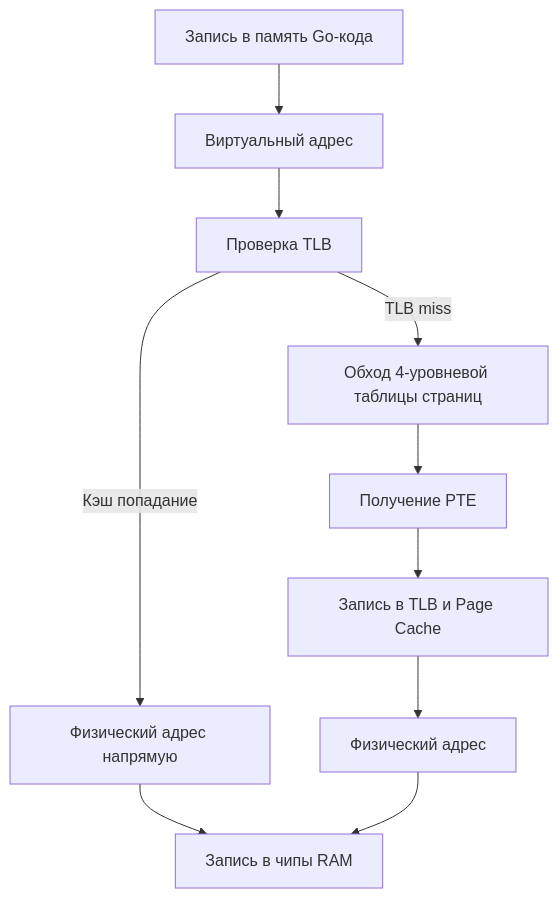
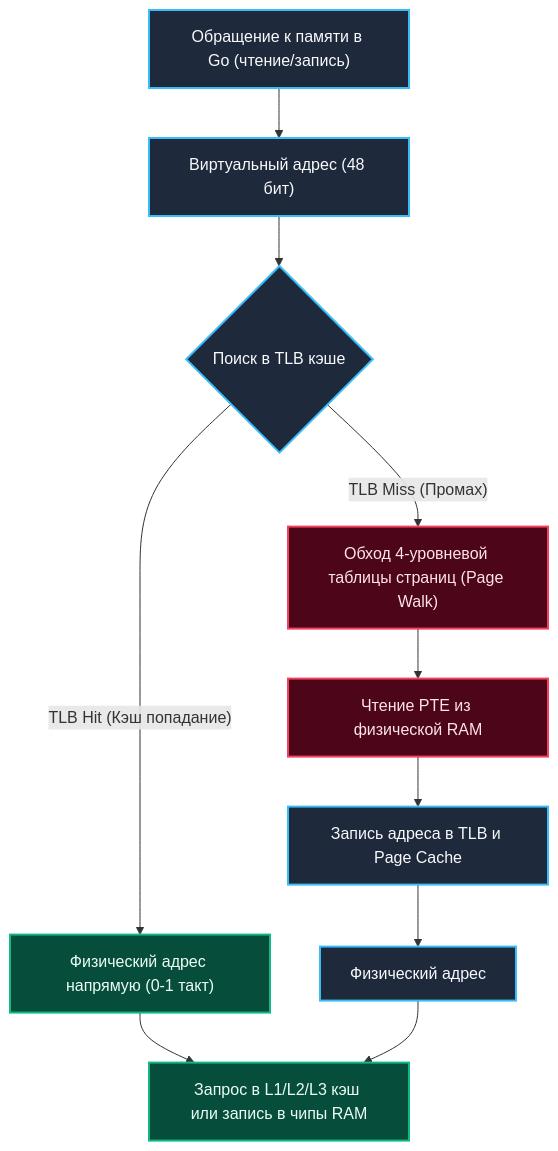
Before and after one commit to UnrealTemplier/go-textbook: the diagram in sources/2. Устройство и работа ОС/12. Виртуальная память. Почему процессу кажется, что у него своя память.md, drawn with Mermaid. The commit also changed other lines of this file, not shown here.

Commit message:
feat(module-02): editorial rewrite of Lecture 12 (Virtual Memory, MMU, Page Tables, Demand Paging, mmap) in Kernighan style

````diff
--- a/sources/2. Устройство и работа ОС/12. Виртуальная память. Почему процессу кажется, что у него своя память.md
+++ b/sources/2. Устройство и работа ОС/12. Виртуальная память. Почему процессу кажется, что у него своя память.md
@@ -25,12 +68,19 @@
 ```mermaid
 flowchart TD
-    A["Запись в память Go-кода"] --> B["Виртуальный адрес"]
-    B --> C["Проверка TLB"]
-    C -->|Кэш попадание| D["Физический адрес напрямую"]
-    C -->|TLB miss| E["Обход 4-уровневой таблицы страниц"]
-    E --> F["Получение PTE"]
-    F --> G["Запись в TLB и Page Cache"]
+    A["Обращение к памяти в Go (чтение/запись)"] --> B["Виртуальный адрес (48 бит)"]
+    B --> C{"Поиск в TLB кэше"}
+    C -- "TLB Hit (Кэш попадание)" --> D["Физический адрес напрямую (0-1 такт)"]
+    C -- "TLB Miss (Промах)" --> E["Обход 4-уровневой таблицы страниц (Page Walk)"]
+    E --> F["Чтение PTE из физической RAM"]
+    F --> G["Запись адреса в TLB и Page Cache"]
     G --> H["Физический адрес"]
-    D --> I["Запись в чипы RAM"]
+    D --> I["Запрос в L1/L2/L3 кэш или запись в чипы RAM"]
     H --> I
+
+    classDef hit fill:#064e3b,stroke:#10b981,stroke-width:2px,color:#ecfdf5;
+    classDef miss fill:#4c0519,stroke:#f43f5e,stroke-width:2px,color:#ffe4e6;
+    classDef norm fill:#1e293b,stroke:#38bdf8,stroke-width:2px,color:#f8fafc;
+    class D,I hit;
+    class E,F miss;
+    class A,B,C,G,H norm;
 ```
````
